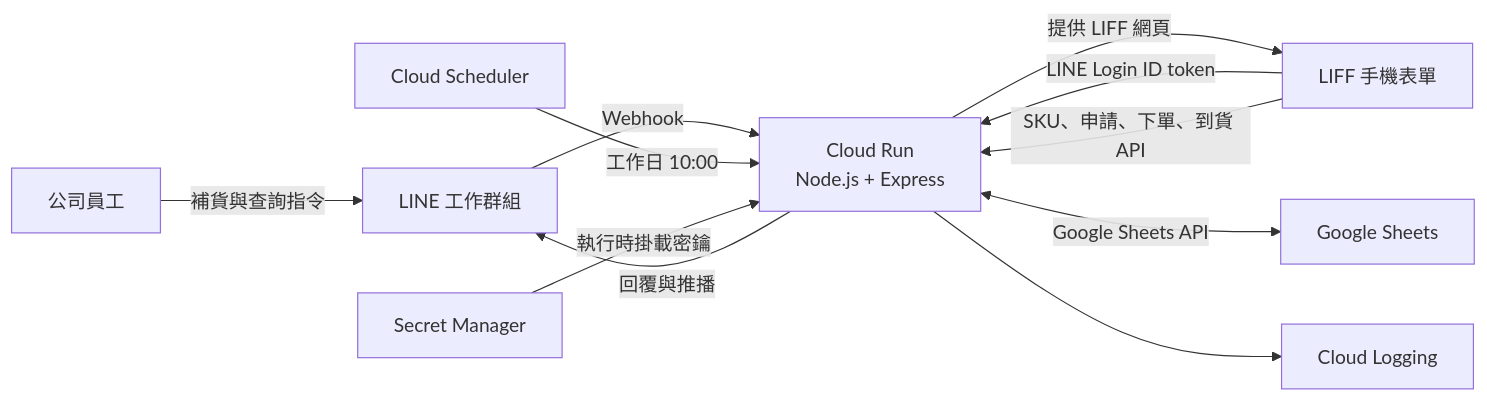
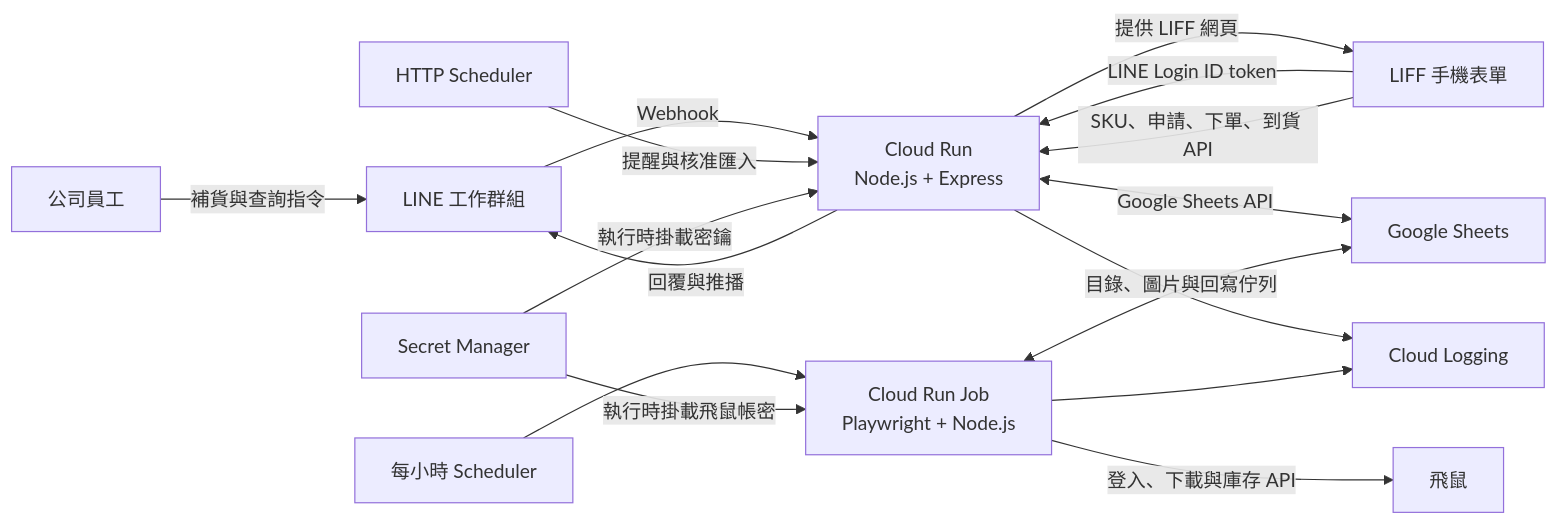
Before and after one commit to Arashi9910/LINE-Company-Procurement-System: the first of 2 diagrams in README.md, drawn with Mermaid. The commit also changed other lines of this file and 3 other files, not shown here.

Commit message:
docs: align records with hourly FlyingMouse job

````diff
--- a/README.md
+++ b/README.md
@@ -28,13 +29,18 @@
 ```mermaid
 flowchart LR
     U[公司員工] -->|補貨與查詢指令| LINE[LINE 工作群組]
     LINE -->|Webhook| RUN[Cloud Run<br/>Node.js + Express]
     RUN -->|回覆與推播| LINE
     RUN -->|提供 LIFF 網頁| LIFF[LIFF 手機表單]
     LIFF -->|LINE Login ID token| RUN
     LIFF -->|SKU、申請、下單、到貨 API| RUN
     RUN <-->|Google Sheets API| SHEET[Google Sheets]
-    SCHED[Cloud Scheduler] -->|工作日 10:00| RUN
+    HTTP_SCHED[HTTP Scheduler] -->|提醒與核准匯入| RUN
+    JOB_SCHED[每小時 Scheduler] --> JOB[Cloud Run Job<br/>Playwright + Node.js]
+    JOB -->|登入、下載與庫存 API| FLYING[飛鼠]
+    JOB <-->|目錄、圖片與回寫佇列| SHEET
     SECRET[Secret Manager] -->|執行時掛載密鑰| RUN
+    SECRET -->|執行時掛載飛鼠帳密| JOB
     RUN --> LOG[Cloud Logging]
+    JOB --> LOG
 ```
````
